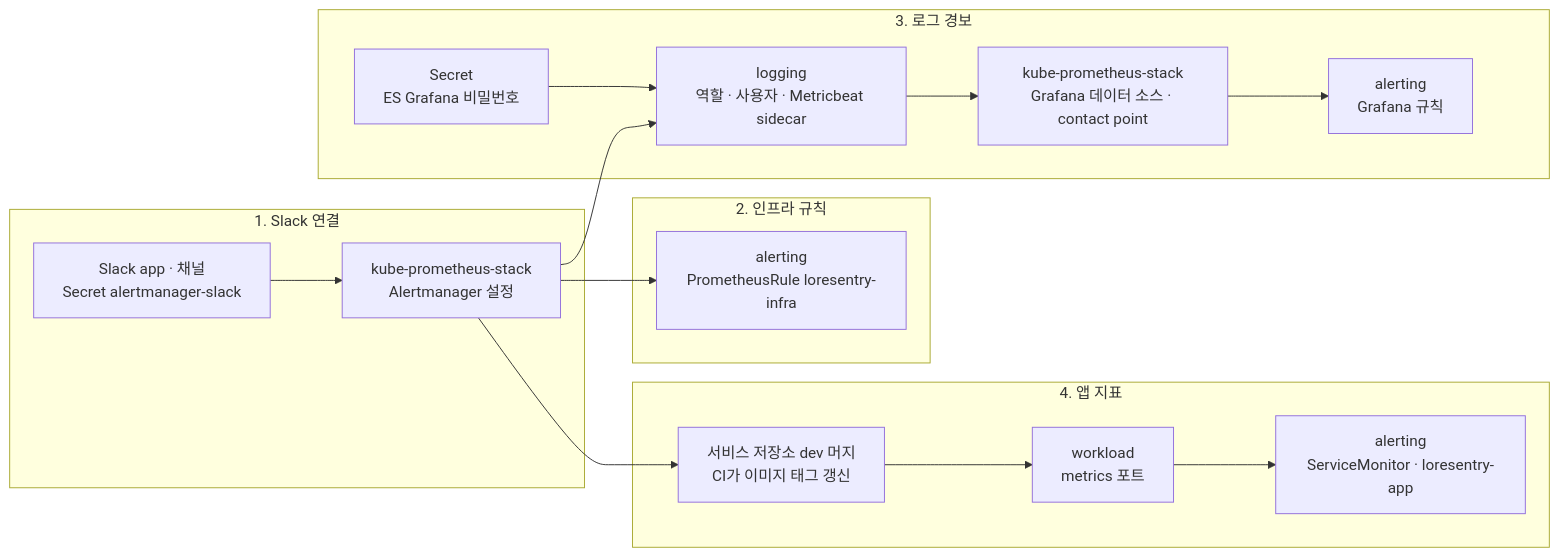
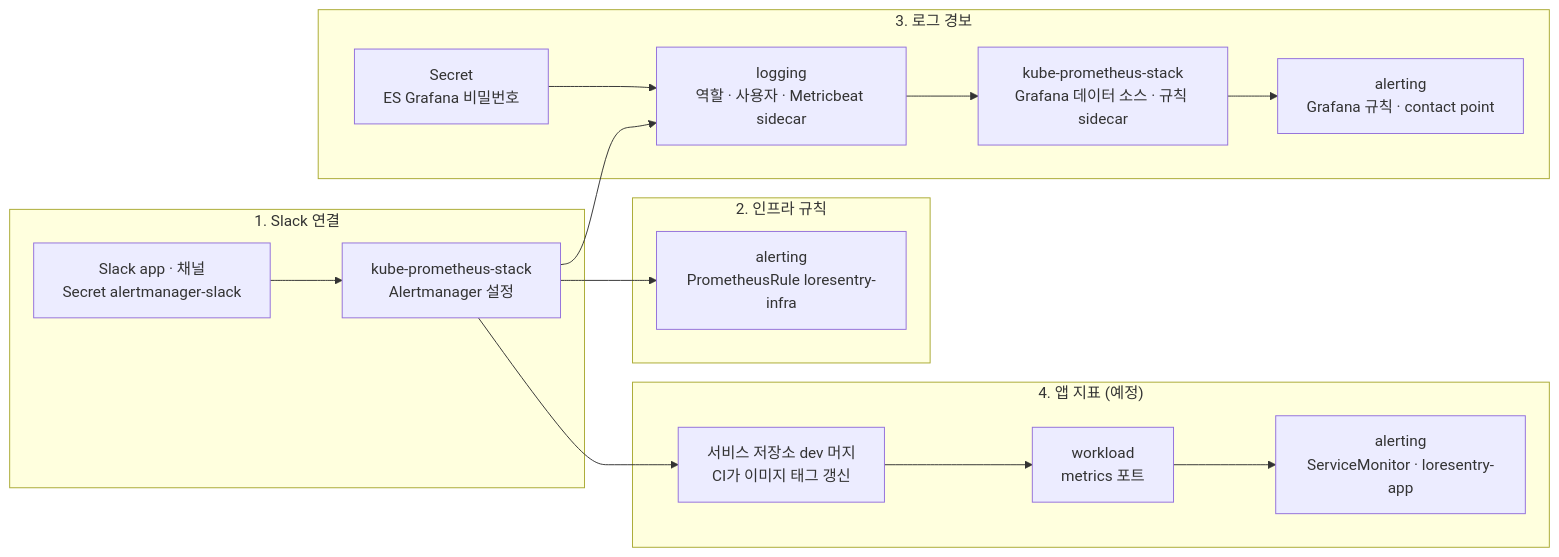
Before and after one commit to soma-lorekeeper/docs: the tenth of 10 diagrams in ALERTING_ARCHITECTURE.md, drawn with Mermaid. The commit also changed other lines of this file and 5 other files, not shown here.

````diff
--- a/ALERTING_ARCHITECTURE.md
+++ b/ALERTING_ARCHITECTURE.md
@@ -375,21 +376,21 @@
 ```mermaid
 flowchart LR
   subgraph ST1["1. Slack 연결"]
     S1["Slack app · 채널<br/>Secret alertmanager-slack"] --> A1["kube-prometheus-stack<br/>Alertmanager 설정"]
   end
   subgraph ST2["2. 인프라 규칙"]
     R1["alerting<br/>PrometheusRule loresentry-infra"]
   end
   subgraph ST3["3. 로그 경보"]
     E0["Secret<br/>ES Grafana 비밀번호"] --> E1["logging<br/>역할 · 사용자 · Metricbeat sidecar"]
-    E1 --> G1["kube-prometheus-stack<br/>Grafana 데이터 소스 · contact point"]
-    G1 --> G2["alerting<br/>Grafana 규칙"]
+    E1 --> G1["kube-prometheus-stack<br/>Grafana 데이터 소스 · 규칙 sidecar"]
+    G1 --> G2["alerting<br/>Grafana 규칙 · contact point"]
   end
-  subgraph ST4["4. 앱 지표"]
+  subgraph ST4["4. 앱 지표 (예정)"]
     M1["서비스 저장소 dev 머지<br/>CI가 이미지 태그 갱신"] --> M2["workload<br/>metrics 포트"]
     M2 --> M3["alerting<br/>ServiceMonitor · loresentry-app"]
   end
   A1 --> R1
   A1 --> E1
   A1 --> M1
 ```
````
